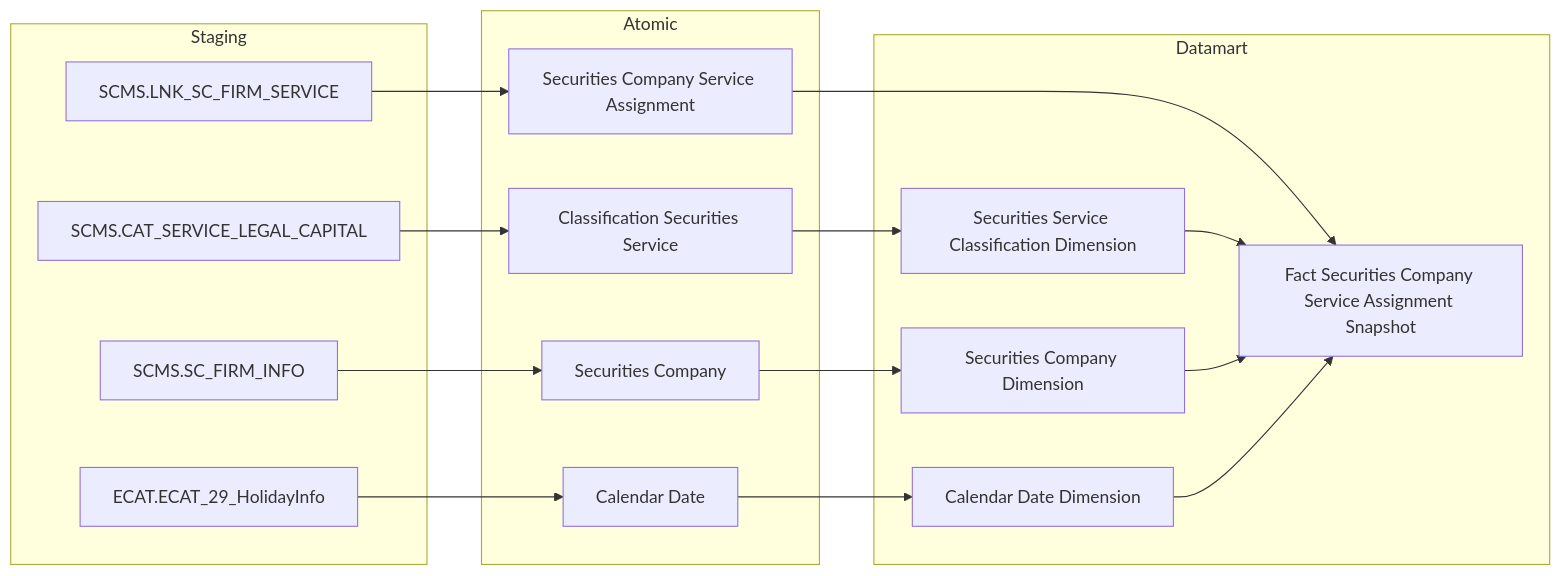
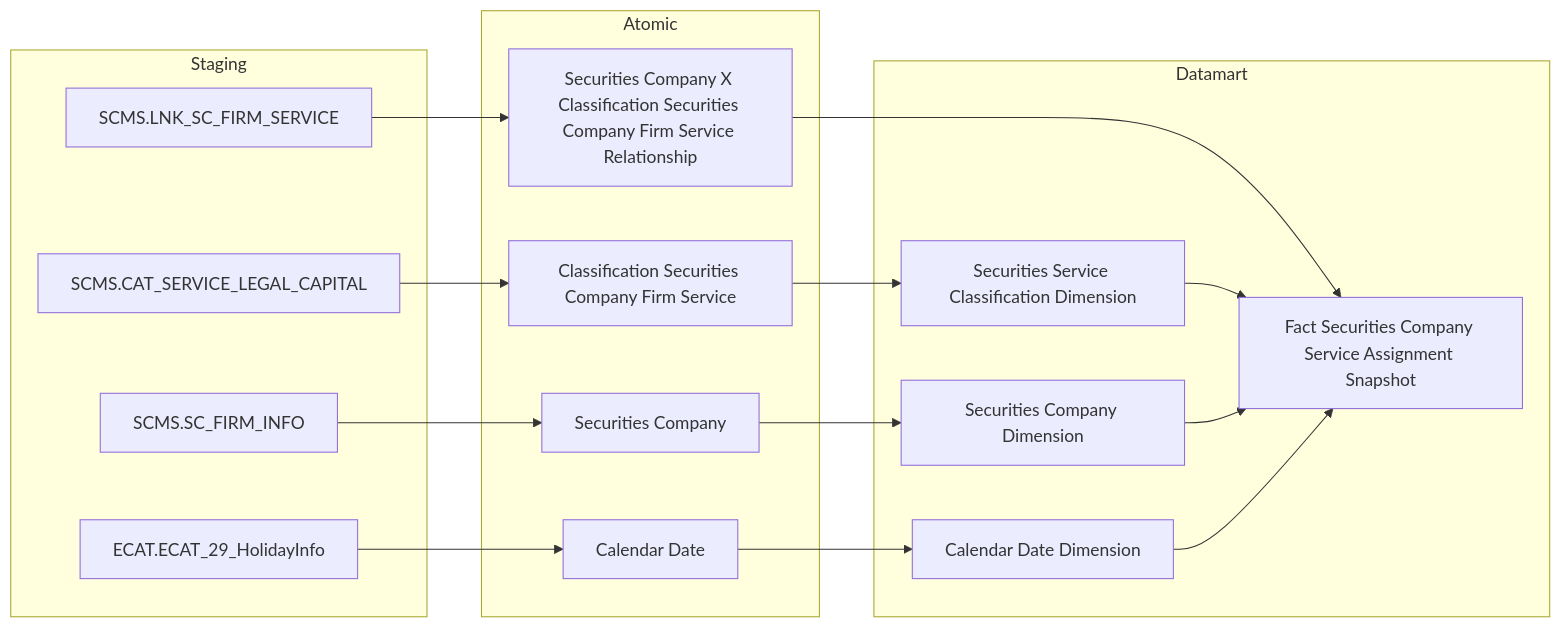
The second of 34 diagrams in Datamart/hld/DTM_QLKD_HLD.md (linhlvit/ubck_atomic_design), drawn with Mermaid before and after one commit. The commit also changed other lines of this file and 10 other files, not shown here.

Commit message:
feat(QLKD): cap nhat thiet ke QLKD v4.9 - them Fact Securities Company Service Assignment Snapshot va Securities Service Classification Dimension, nang Nhom 2/3/4 PENDING->READY (K_QLKD_14-29)

````diff
--- a/Datamart/hld/DTM_QLKD_HLD.md
+++ b/Datamart/hld/DTM_QLKD_HLD.md
@@ -64,37 +64,37 @@
 ```mermaid
 flowchart LR
     subgraph SRC["Staging"]
         S1["SCMS.LNK_SC_FIRM_SERVICE"]
         S2["SCMS.CAT_SERVICE_LEGAL_CAPITAL"]
         S3["SCMS.SC_FIRM_INFO"]
         ECAT_ECAT_29_HolidayInfo["ECAT.ECAT_29_HolidayInfo"]
     end
 
     subgraph SIL["Atomic"]
-        SV1["Securities Company Service Assignment"]
-        SV2["Classification Securities Service"]
+        SV1["Securities Company X Classification Securities Company Firm Service Relationship"]
+        SV2["Classification Securities Company Firm Service"]
         SV3["Securities Company"]
         Calendar_Date["Calendar Date"]
     end
 
     subgraph Datamart["Datamart"]
         G1["Fact Securities Company Service Assignment Snapshot"]
         G2["Securities Service Classification Dimension"]
         G3["Securities Company Dimension"]
         G4["Calendar Date Dimension"]
     end
 
     S1 --> SV1
     S2 --> SV2
     S3 --> SV3
     ECAT_ECAT_29_HolidayInfo --> Calendar_Date
 
     SV1 --> G1
     SV2 --> G2
     SV3 --> G3
     Calendar_Date --> G4
 
     G2 --> G1
     G3 --> G1
     G4 --> G1
 ```
````
